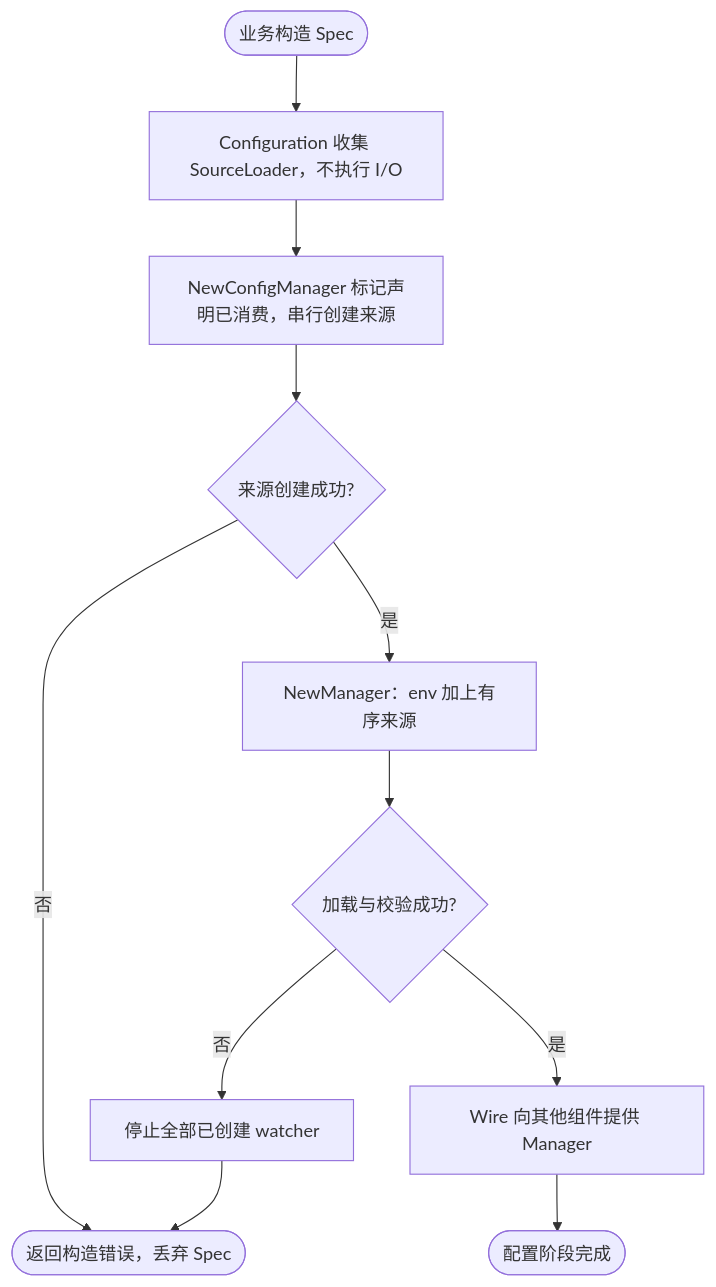
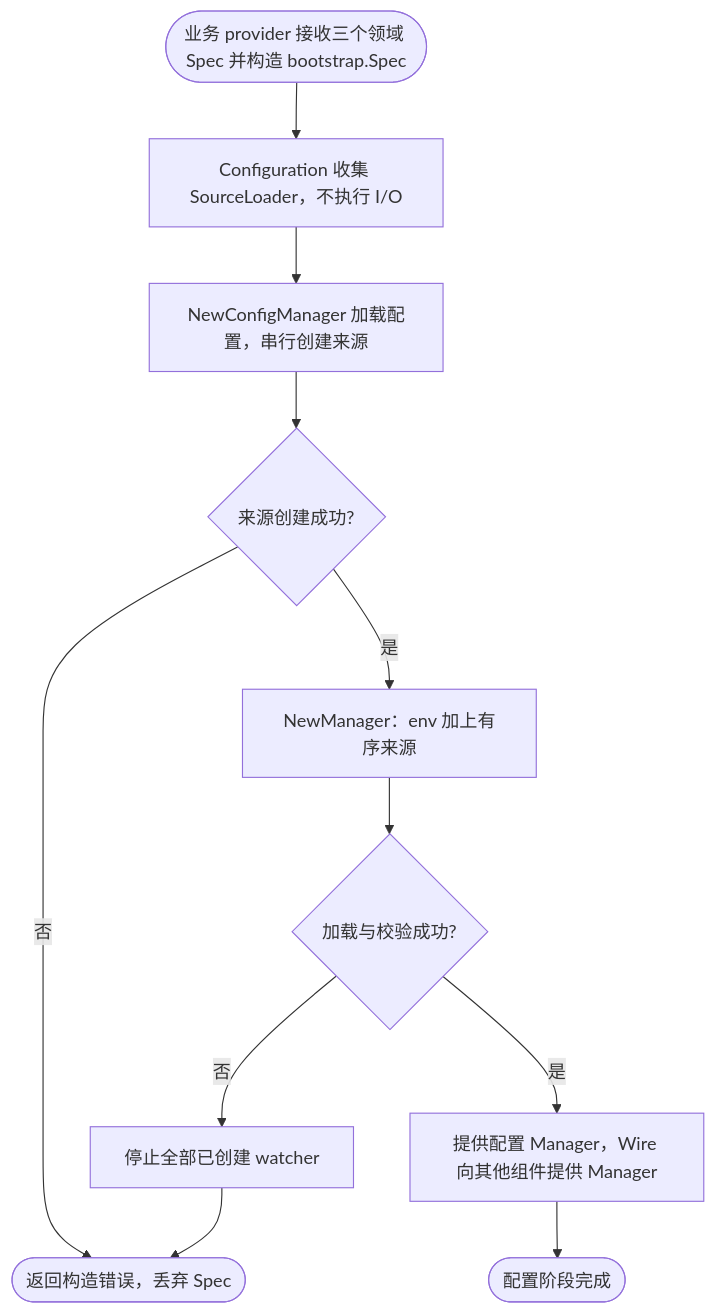
Before and after one commit to jaggerzhuang1994/kratos-foundation: the sixth of 6 diagrams in pkg/bootstrap/README.md, drawn with Mermaid. The commit also changed other lines of this file and 77 other files, not shown here.

Commit message:
refactor(bootstrap): 简化 Spec 蓝图组装与协议启用规则

````diff
--- a/pkg/bootstrap/README.md
+++ b/pkg/bootstrap/README.md
@@ -291,13 +332,13 @@
 ```mermaid
 flowchart TD
- A([业务构造 Spec]) --> B[Configuration 收集 SourceLoader，不执行 I/O]
- B --> C[NewConfigManager 标记声明已消费，串行创建来源]
+ A([业务 provider 接收三个领域 Spec 并构造 bootstrap.Spec]) --> B[Configuration 收集 SourceLoader，不执行 I/O]
+ B --> C[NewConfigManager 加载配置，串行创建来源]
  C --> D{来源创建成功?}
  D -- 否 --> X([返回构造错误，丢弃 Spec])
  D -- 是 --> E[NewManager：env 加上有序来源]
  E --> F{加载与校验成功?}
  F -- 否 --> G[停止全部已创建 watcher]
  G --> X
- F -- 是 --> H[Wire 向其他组件提供 Manager]
+ F -- 是 --> H[提供配置 Manager，Wire 向其他组件提供 Manager]
  H --> I([配置阶段完成])
 ```
````
